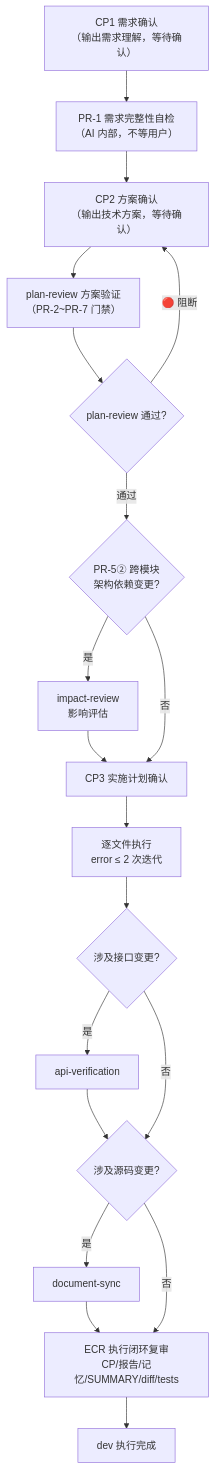
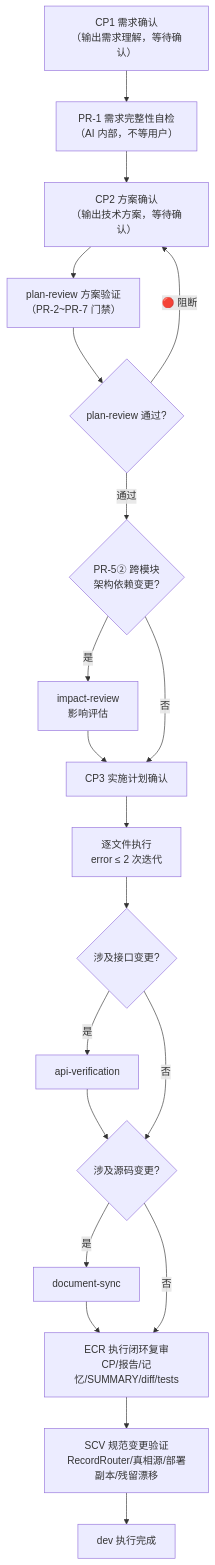
One commit to devcodex-labs/devcodex changed the second of 4 diagrams in website/docs/specs/workflow-execution-flow.md. Above: the diagram before and after it, drawn with Mermaid. The commit also changed other lines of this file and 38 other files, not shown here.

````diff
--- a/website/docs/specs/workflow-execution-flow.md
+++ b/website/docs/specs/workflow-execution-flow.md
@@ -40,30 +40,31 @@
 ```mermaid
 flowchart TD
     CP1["CP1 需求确认\n（输出需求理解，等待确认）"]
     PR1["PR-1 需求完整性自检\n（AI 内部，不等用户）"]
     CP2["CP2 方案确认\n（输出技术方案，等待确认）"]
     PR["plan-review 方案验证\n（PR-2~PR-7 门禁）"]
     PR_OK{"plan-review 通过?"}
     IR{"PR-5② 跨模块\n架构依赖变更?"}
     IMPACT["impact-review\n影响评估"]
     CP3["CP3 实施计划确认"]
     EXEC["逐文件执行\nerror ≤ 2 次迭代"]
     POST_API{"涉及接口变更?"}
     API_V["api-verification"]
     POST_DOC{"涉及源码变更?"}
     DOC_S["document-sync"]
     ECR["ECR 执行闭环复审\nCP/报告/记忆/SUMMARY/diff/tests"]
+    SCV["SCV 规范变更验证\nRecordRouter/真相源/部署副本/残留漂移"]
     DONE["dev 执行完成"]
 
     CP1 --> PR1 --> CP2 --> PR --> PR_OK
     PR_OK -->|"🔴 阻断"| CP2
     PR_OK -->|"通过"| IR
     IR -->|"是"| IMPACT --> CP3
     IR -->|"否"| CP3
     CP3 --> EXEC --> POST_API
     POST_API -->|"是"| API_V --> POST_DOC
     POST_API -->|"否"| POST_DOC
     POST_DOC -->|"是"| DOC_S --> ECR
     POST_DOC -->|"否"| ECR
-    ECR --> DONE
+    ECR --> SCV --> DONE
 ```
````
